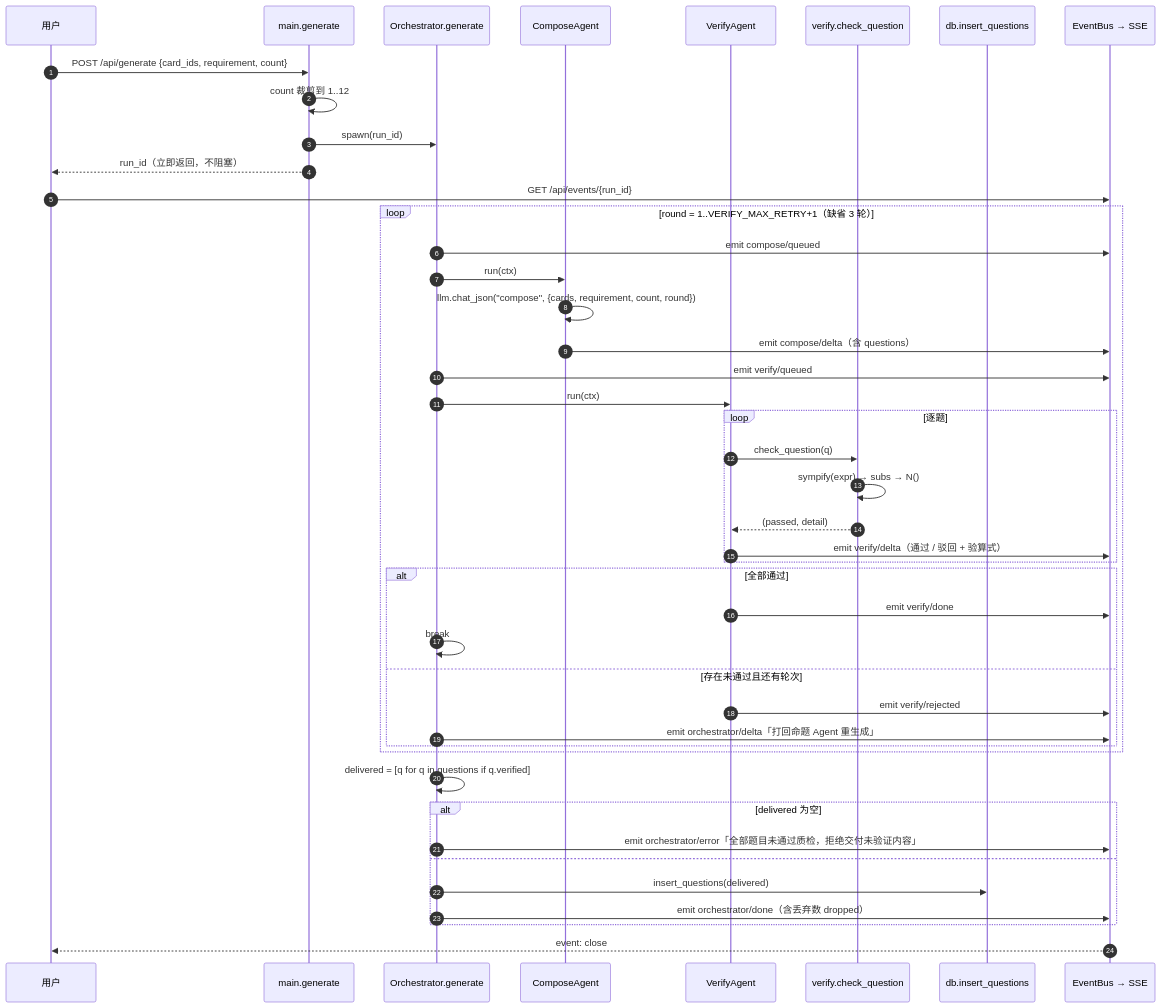
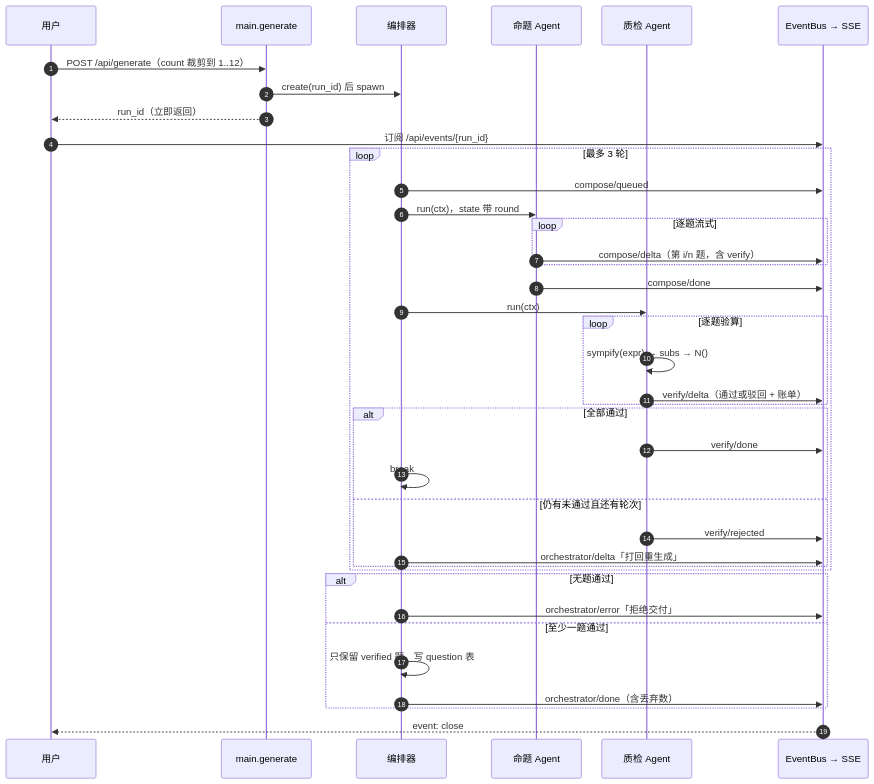
One commit to Td12138/yizhi-chengke changed the second of 2 diagrams in docs/技术文档.md. Above: the diagram before and after it, drawn with Mermaid. The commit also changed other lines of this file and 1 other file, not shown here.

````diff
--- a/docs/技术文档.md
+++ b/docs/技术文档.md
@@ -354,47 +254,42 @@
 ```mermaid
+%%{init: {"sequence": {"diagramMarginX": 10, "diagramMarginY": 10, "actorMargin": 34, "messageMargin": 22, "boxMargin": 6, "noteMargin": 6}}}%%
 sequenceDiagram
     autonumber
     participant U as 用户
     participant API as main.generate
-    participant O as Orchestrator.generate
-    participant A3 as ComposeAgent
-    participant A4 as VerifyAgent
-    participant V as verify.check_question
-    participant DB as db.insert_questions
+    participant O as 编排器
+    participant A3 as 命题 Agent
+    participant A4 as 质检 Agent
     participant BUS as EventBus → SSE
-
-    U->>API: POST /api/generate {card_ids, requirement, count}
-    API->>API: count 裁剪到 1..12
-    API->>O: spawn(run_id)
-    API-->>U: run_id（立即返回，不阻塞）
-    U->>BUS: GET /api/events/{run_id}
-    loop round = 1..VERIFY_MAX_RETRY+1（缺省 3 轮）
-        O->>BUS: emit compose/queued
-        O->>A3: run(ctx)
-        A3->>A3: llm.chat_json("compose", {cards, requirement, count, round})
-        A3->>BUS: emit compose/delta（含 questions）
-        O->>BUS: emit verify/queued
+    U->>API: POST /api/generate（count 裁剪到 1..12）
+    API->>O: create(run_id) 后 spawn
+    API-->>U: run_id（立即返回）
+    U->>BUS: 订阅 /api/events/{run_id}
+    loop 最多 3 轮
+        O->>BUS: compose/queued
+        O->>A3: run(ctx)，state 带 round
+        loop 逐题流式
+            A3->>BUS: compose/delta（第 i/n 题，含 verify）
+        end
+        A3->>BUS: compose/done
         O->>A4: run(ctx)
-        loop 逐题
-            A4->>V: check_question(q)
-            V->>V: sympify(expr) → subs → N()
-            V-->>A4: (passed, detail)
-            A4->>BUS: emit verify/delta（通过 / 驳回 + 验算式）
+        loop 逐题验算
+            A4->>A4: sympify(expr) → subs → N()
+            A4->>BUS: verify/delta（通过或驳回 + 账单）
         end
         alt 全部通过
-            A4->>BUS: emit verify/done
+            A4->>BUS: verify/done
             O->>O: break
-        else 存在未通过且还有轮次
-            A4->>BUS: emit verify/rejected
-            O->>BUS: emit orchestrator/delta「打回命题 Agent 重生成」
+        else 仍有未通过且还有轮次
+            A4->>BUS: verify/rejected
+            O->>BUS: orchestrator/delta「打回重生成」
         end
     end
-    O->>O: delivered = [q for q in questions if q.verified]
-    alt delivered 为空
-        O->>BUS: emit orchestrator/error「全部题目未通过质检，拒绝交付未验证内容」
-    else
-        O->>DB: insert_questions(delivered)
-        O->>BUS: emit orchestrator/done（含丢弃数 dropped）
+    alt 无题通过
+        O->>BUS: orchestrator/error「拒绝交付」
+    else 至少一题通过
+        O->>O: 只保留 verified 题，写 question 表
+        O->>BUS: orchestrator/done（含丢弃数）
     end
     BUS-->>U: event: close
 ```
````
